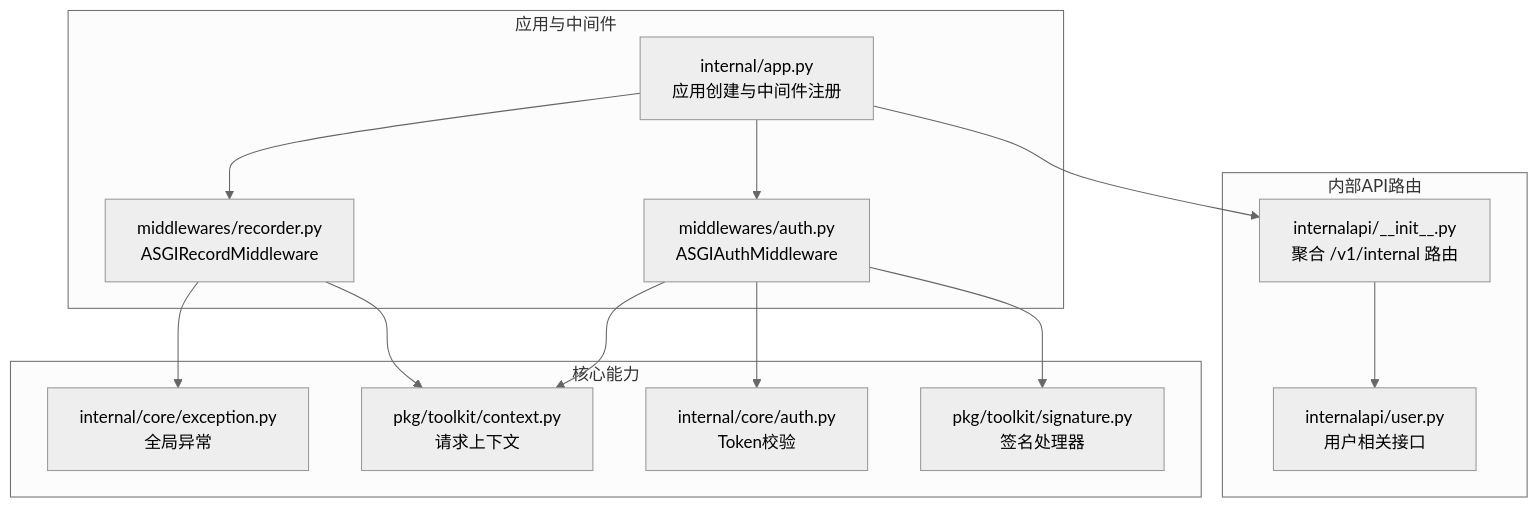
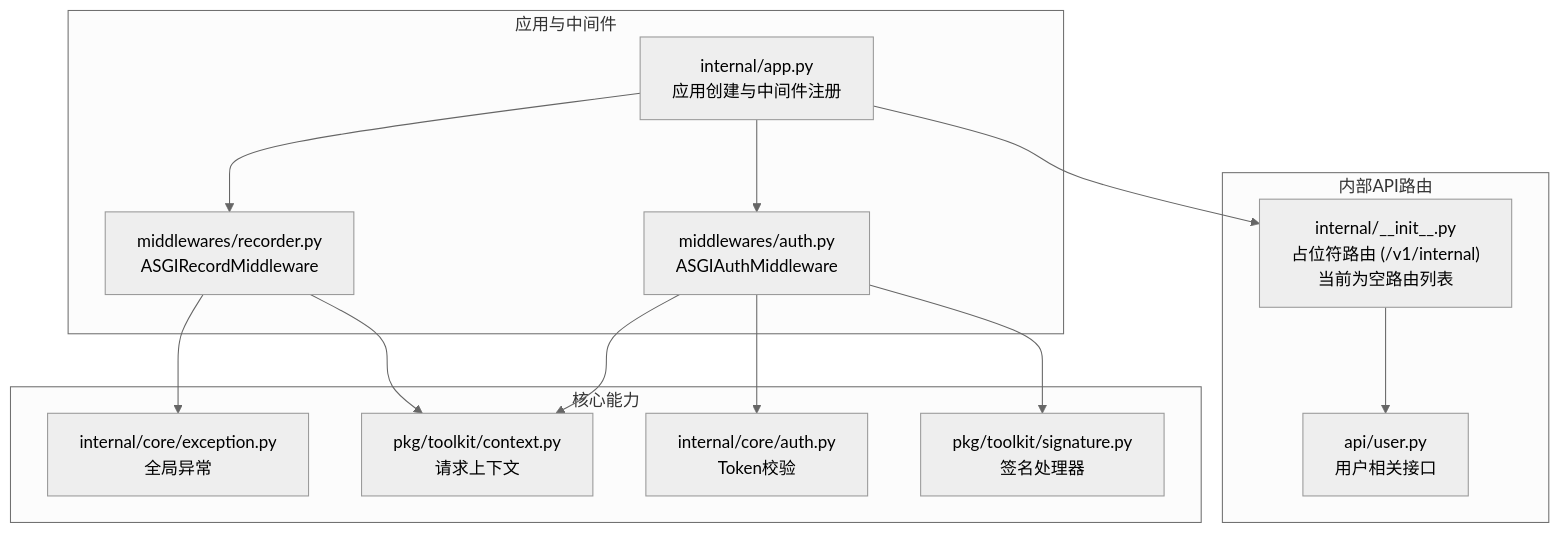
One commit to lilinzezzzzzz/fastapi-backend changed the first of 4 diagrams in .qoder/repowiki/zh/content/API接口文档/Internal API接口.md. Above: the diagram before and after it, drawn with Mermaid (neutral theme). The commit also changed other lines of this file and 42 other files, not shown here.

````diff
--- a/.qoder/repowiki/zh/content/API接口文档/Internal API接口.md
+++ b/.qoder/repowiki/zh/content/API接口文档/Internal API接口.md
@@ -45,27 +57,27 @@
 ```mermaid
 graph TB
 subgraph "内部API路由"
-IAPI["internalapi/__init__.py<br/>聚合 /v1/internal 路由"]
-IUser["internalapi/user.py<br/>用户相关接口"]
+IAPI["internal/__init__.py<br/>占位符路由 (/v1/internal)<br/>当前为空路由列表"]
+IUser["api/user.py<br/>用户相关接口"]
 end
 subgraph "应用与中间件"
 App["internal/app.py<br/>应用创建与中间件注册"]
 AMW["middlewares/auth.py<br/>ASGIAuthMiddleware"]
 RMW["middlewares/recorder.py<br/>ASGIRecordMiddleware"]
 end
 subgraph "核心能力"
 Ctx["pkg/toolkit/context.py<br/>请求上下文"]
 Sig["pkg/toolkit/signature.py<br/>签名处理器"]
 AuthCore["internal/core/auth.py<br/>Token校验"]
 Ex["internal/core/exception.py<br/>全局异常"]
 end
 IAPI --> IUser
 App --> IAPI
 App --> AMW
 App --> RMW
 AMW --> Sig
 AMW --> AuthCore
 AMW --> Ctx
 RMW --> Ctx
 RMW --> Ex
 ```
````
